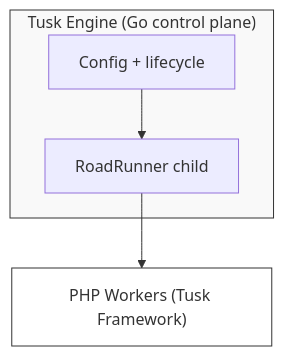
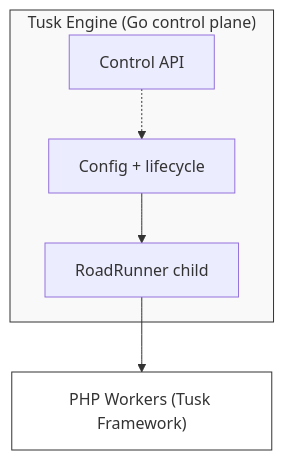
Before and after one commit to tusk-framework/tusk-engine: the diagram in README.md, drawn with Mermaid. The commit also changed other lines of this file and 19 other files, not shown here.

First line of the commit message:
feat: add local engine control API (#12)

````diff
--- a/README.md
+++ b/README.md
@@ -20,11 +21,12 @@
 ```mermaid
 graph TD
     subgraph Engine ["Tusk Engine (Go control plane)"]
         Config["Config + lifecycle"] --> RR["RoadRunner child"]
+        Control["Control API"] -.-> Config
     end
 
     RR --> Worker["PHP Workers (Tusk Framework)"]
     
     style Engine fill:#f9f9f9,stroke:#333,stroke-width:1px
     style Worker fill:#fff,stroke:#333,stroke-width:1px
 ```
````
